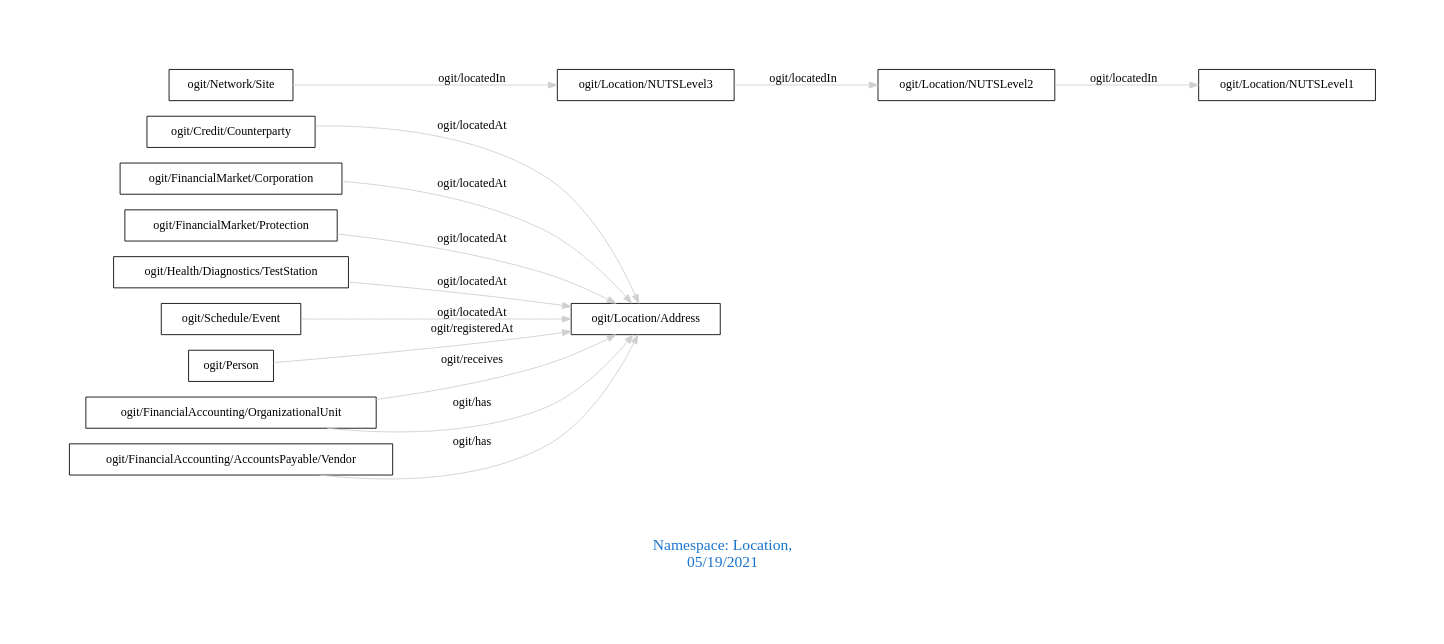
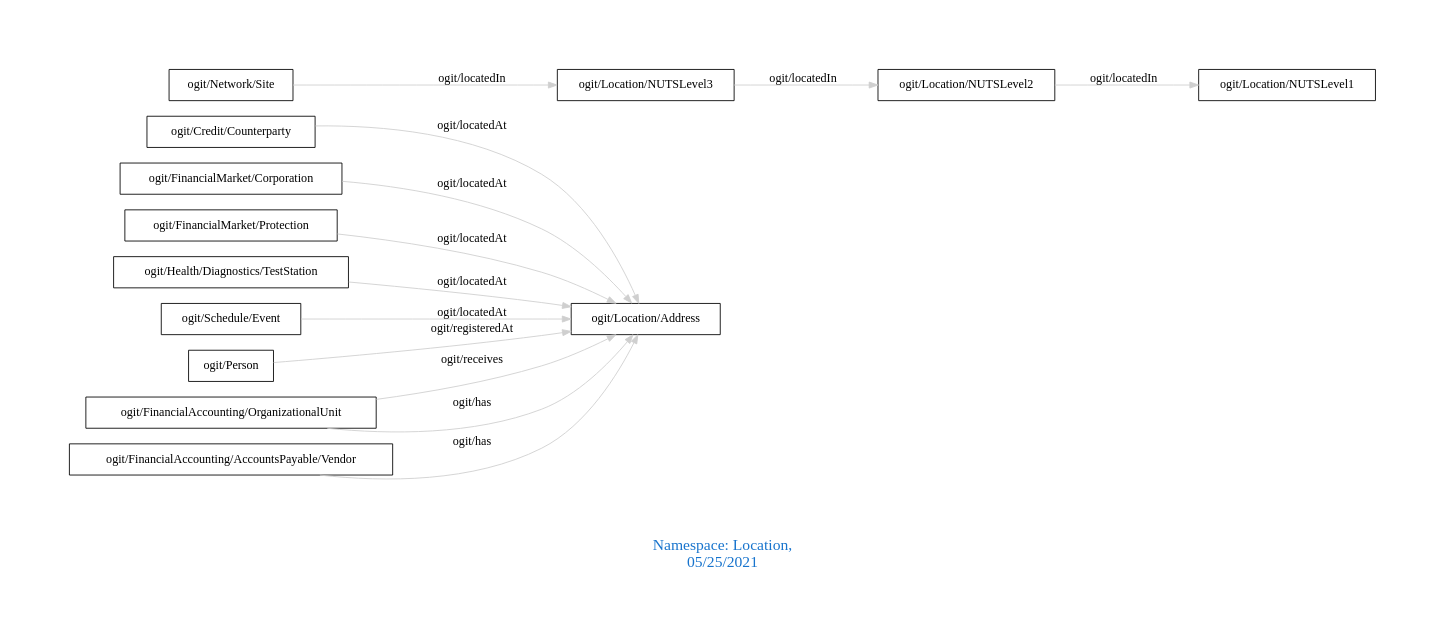
The diagram in downloads/Location.dot (arago/OGIT), drawn with Graphviz before and after one commit. The commit also changed 1877 other files, not shown here.

```diff
--- a/downloads/Location.dot
+++ b/downloads/Location.dot
@@ -1,20 +1,20 @@
 digraph OGIT_ontology {
  graph [ rankdir= LR,pad=1 
 fontsize = 18,
-fontcolor= dodgerblue3,label = "\n\n\nNamespace: Location, \n 05/19/2021"];
+fontcolor= dodgerblue3,label = "\n\n\nNamespace: Location, \n 05/25/2021"];
 node[shape=polygon];
 edge [  color="gray81"];
 
    "ogit/Credit/Counterparty" -> "ogit/Location/Address" [label="   ogit/locatedAt    "];
    "ogit/FinancialMarket/Corporation" -> "ogit/Location/Address" [label="   ogit/locatedAt    "];
    "ogit/FinancialMarket/Protection" -> "ogit/Location/Address" [label="   ogit/locatedAt    "];
    "ogit/Health/Diagnostics/TestStation" -> "ogit/Location/Address" [label="   ogit/locatedAt    "];
    "ogit/Schedule/Event" -> "ogit/Location/Address" [label="   ogit/locatedAt    "];
    "ogit/Location/NUTSLevel2" -> "ogit/Location/NUTSLevel1" [label="   ogit/locatedIn    "];
    "ogit/Location/NUTSLevel3" -> "ogit/Location/NUTSLevel2" [label="   ogit/locatedIn    "];
    "ogit/Network/Site" -> "ogit/Location/NUTSLevel3" [label="   ogit/locatedIn    "];
    "ogit/Person" -> "ogit/Location/Address" [label="   ogit/registeredAt    "];
    "ogit/FinancialAccounting/OrganizationalUnit" -> "ogit/Location/Address" [label="   ogit/receives    "];
    "ogit/FinancialAccounting/AccountsPayable/Vendor" -> "ogit/Location/Address" [label="   ogit/has    "];
    "ogit/FinancialAccounting/OrganizationalUnit" -> "ogit/Location/Address" [label="   ogit/has    "];
 }
```
